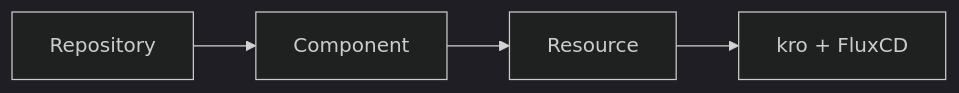
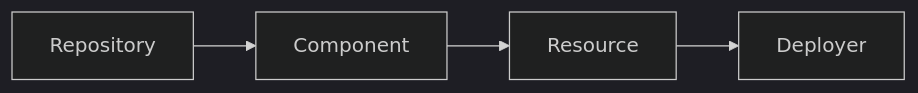
Before and after one commit to open-component-model/ocm-website: the second of 2 diagrams in content/blog/ocm_v2_announcement.md, drawn with Mermaid (dark theme). The commit also changed other lines of this file and 1 other file, not shown here.

````diff
--- a/content/blog/ocm_v2_announcement.md
+++ b/content/blog/ocm_v2_announcement.md
@@ -100,5 +100,4 @@
 ```mermaid
 flowchart LR
-    Repo["Repository"] --> Comp["Component"] --> Res["Resource"]
-    Res --> Deploy["kro + FluxCD"]
+    Repo["Repository"] --> Comp["Component"] --> Res["Resource"] --> Deployer["Deployer"]
 ```
````
